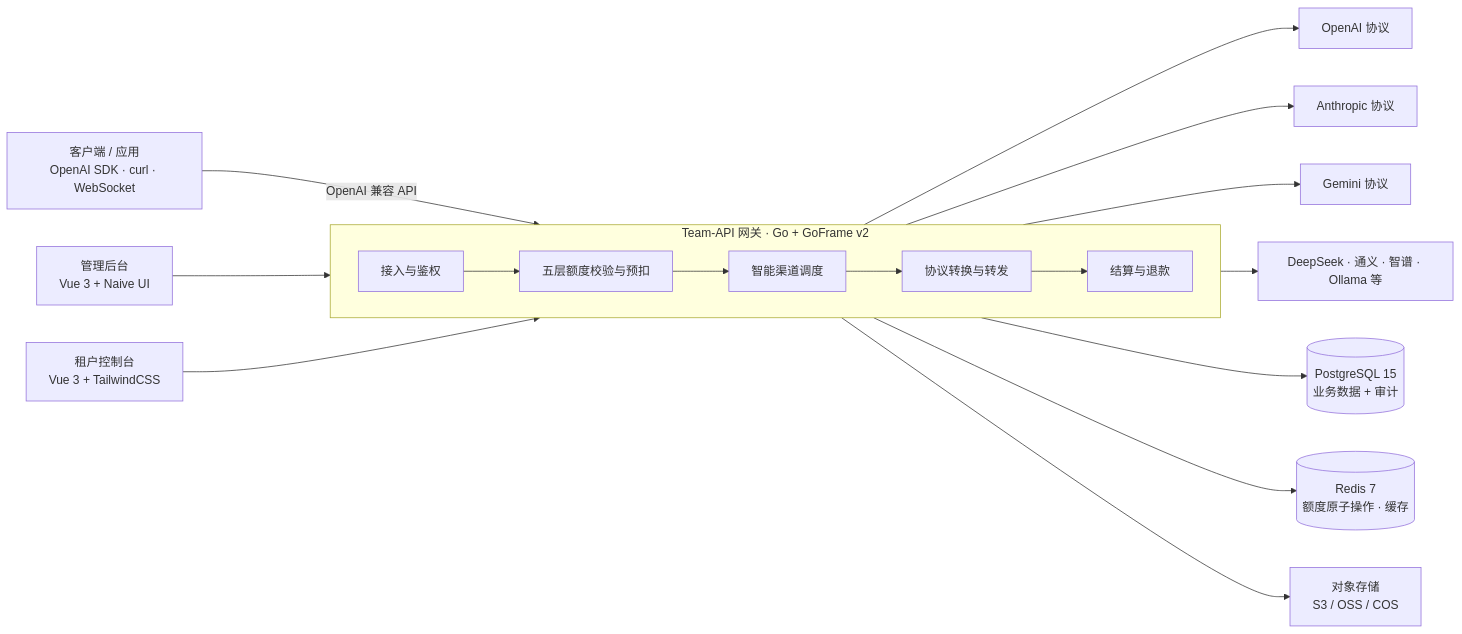
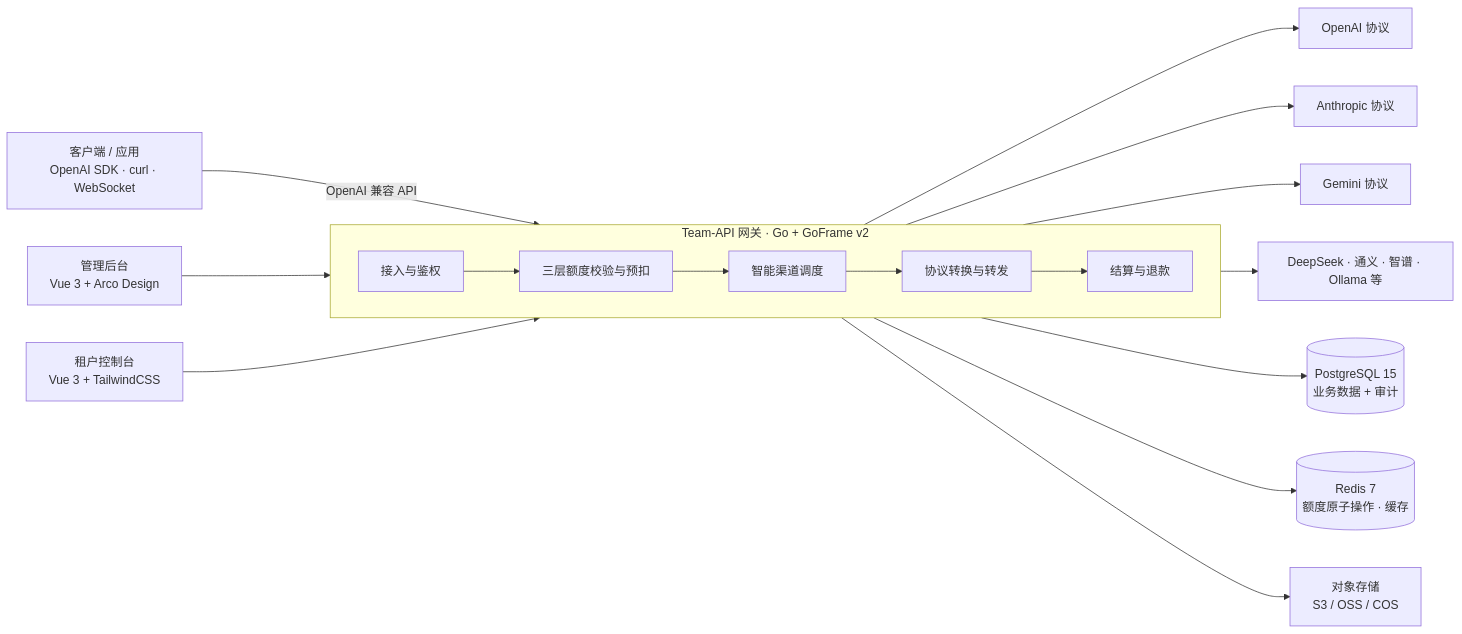
One commit to qianfree/team-api-docs changed the first of 4 diagrams in docs/intro/architecture.md. Above: the diagram before and after it, drawn with Mermaid. The commit also changed other lines of this file and 31 other files, not shown here.

````diff
--- a/docs/intro/architecture.md
+++ b/docs/intro/architecture.md
@@ -19,23 +19,23 @@
 ```mermaid
 flowchart LR
     Client["客户端 / 应用<br/>OpenAI SDK · curl · WebSocket"] -->|"OpenAI 兼容 API"| GW
-    Admin["管理后台<br/>Vue 3 + Naive UI"] --> GW
+    Admin["管理后台<br/>Vue 3 + Arco Design"] --> GW
     Tenant["租户控制台<br/>Vue 3 + TailwindCSS"] --> GW
 
     subgraph GW ["Team-API 网关 · Go + GoFrame v2"]
         direction LR
-        In["接入与鉴权"] --> Q["五层额度校验与预扣"]
+        In["接入与鉴权"] --> Q["三层额度校验与预扣"]
         Q --> S["智能渠道调度"]
         S --> F["协议转换与转发"]
         F --> B["结算与退款"]
     end
 
     GW --> PG[("PostgreSQL 15<br/>业务数据 + 审计")]
     GW --> RD[("Redis 7<br/>额度原子操作 · 缓存")]
     GW --> ST["对象存储<br/>S3 / OSS / COS"]
 
     F --> O1["OpenAI 协议"]
     F --> O2["Anthropic 协议"]
     F --> O3["Gemini 协议"]
     F --> O4["DeepSeek · 通义 · 智谱 · Ollama 等"]
 ```
````
